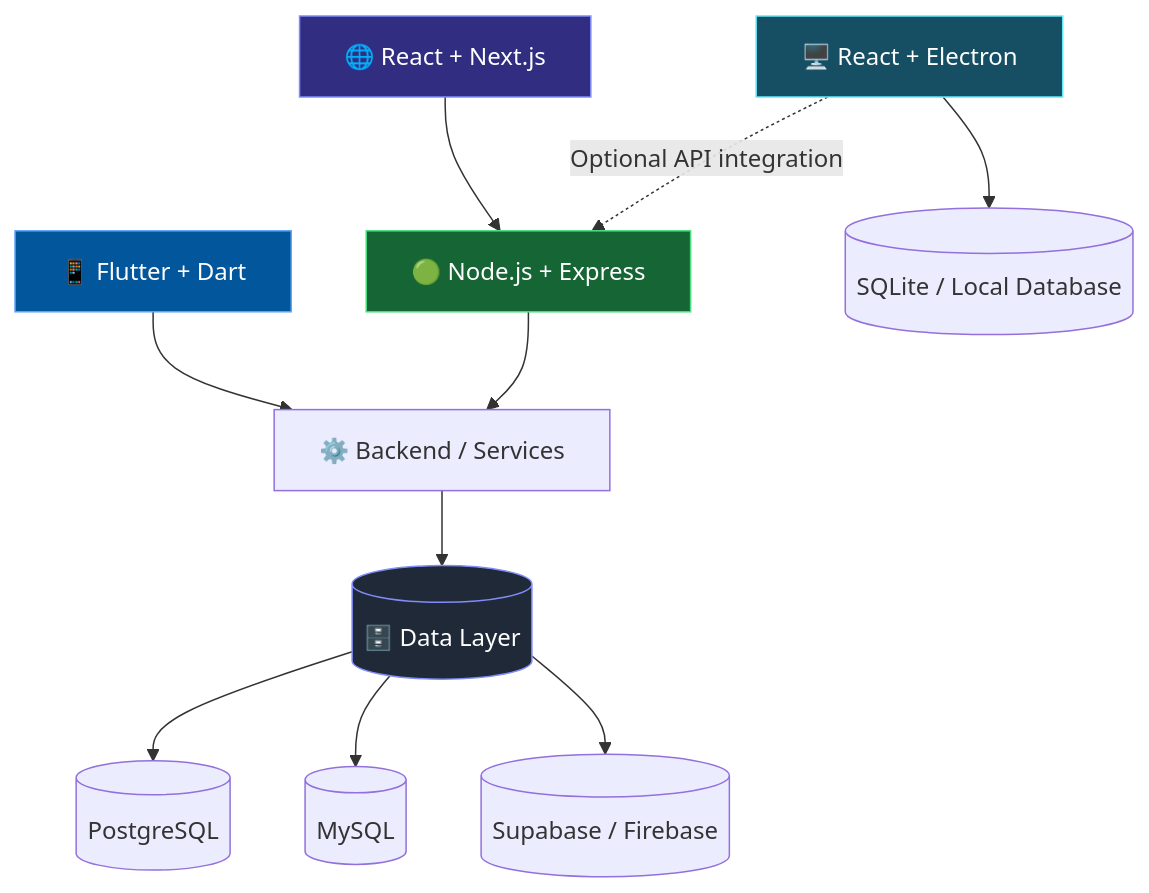
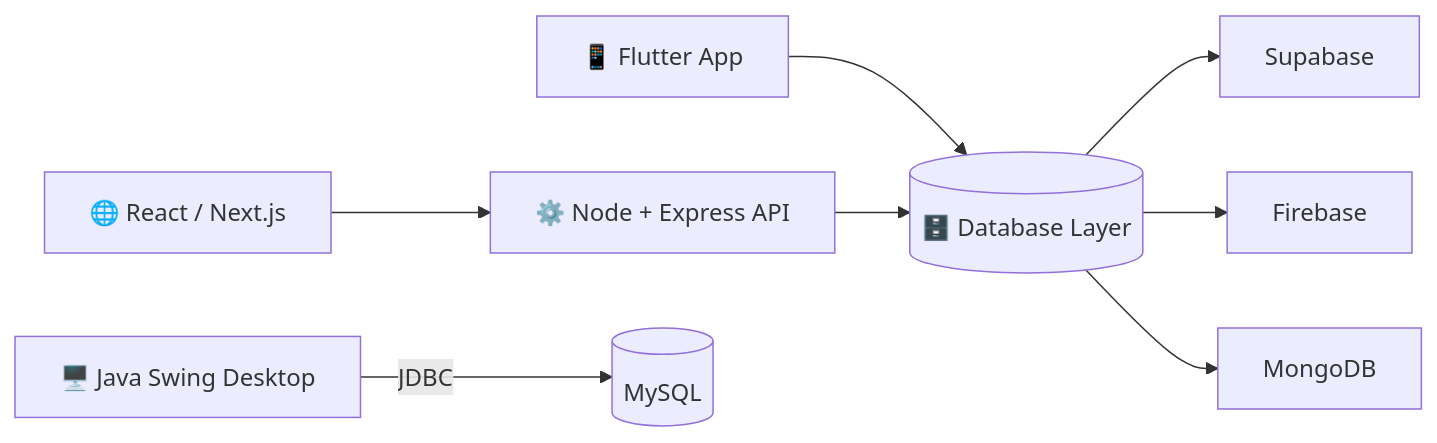
Before and after one commit to shabii804/shabii804: the diagram in README.md, drawn with Mermaid. The commit also changed other lines of this file, not shown here.

````diff
--- a/README.md
+++ b/README.md
@@ -247,19 +128,10 @@
 ```mermaid
-flowchart TB
-    A["📱 Flutter + Dart"] --> G["⚙️ Backend / Services"]
-    B["🌐 React + Next.js"] --> C["🟢 Node.js + Express"]
-    C --> G
-    G --> H[("🗄️ Data Layer")]
-    H --> I[("PostgreSQL")]
-    H --> J[("MySQL")]
-    H --> K[("Supabase / Firebase")]
-
-    D["🖥️ React + Electron"] --> L[("SQLite / Local Database")]
-    D -. "Optional API integration" .-> C
-
-    style A fill:#02569B,color:#fff,stroke:#60A5FA
-    style B fill:#312E81,color:#fff,stroke:#818CF8
-    style C fill:#166534,color:#fff,stroke:#4ADE80
-    style D fill:#164E63,color:#fff,stroke:#67E8F9
-    style H fill:#1F2937,color:#fff,stroke:#818CF8
+flowchart LR
+    A[📱 Flutter App] --> D
+    B[🌐 React / Next.js] --> C[⚙️ Node + Express API]
+    C --> D[(🗄️ Database Layer)]
+    E[🖥️ Java Swing Desktop] -->|JDBC| F[(MySQL)]
+    D --> G[Supabase]
+    D --> H[Firebase]
+    D --> I[MongoDB]
 ```
````
